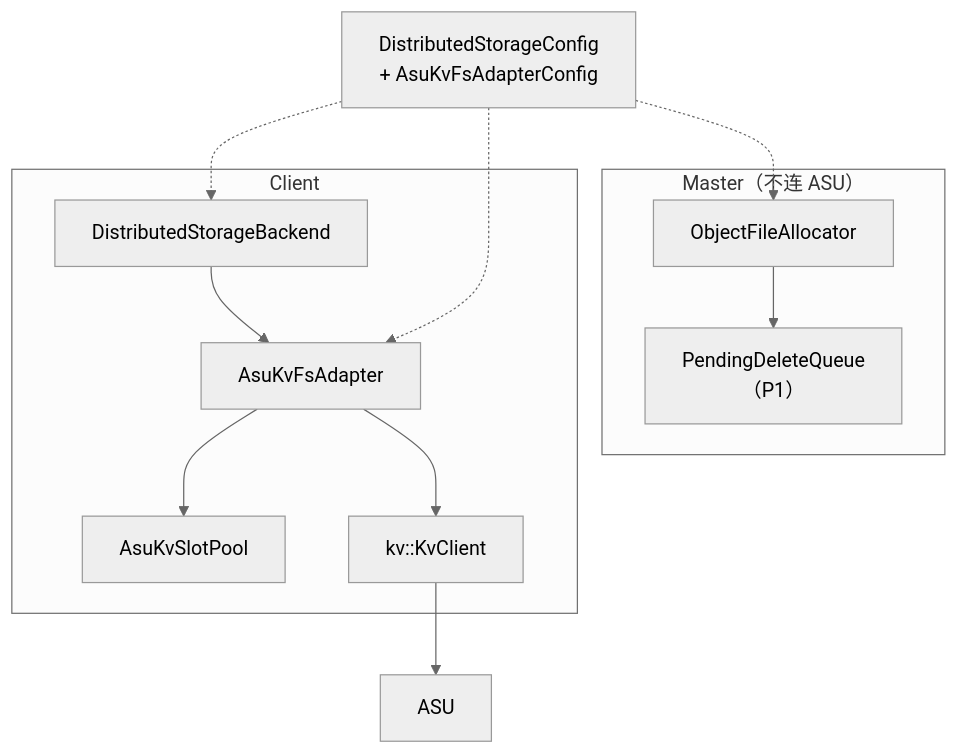
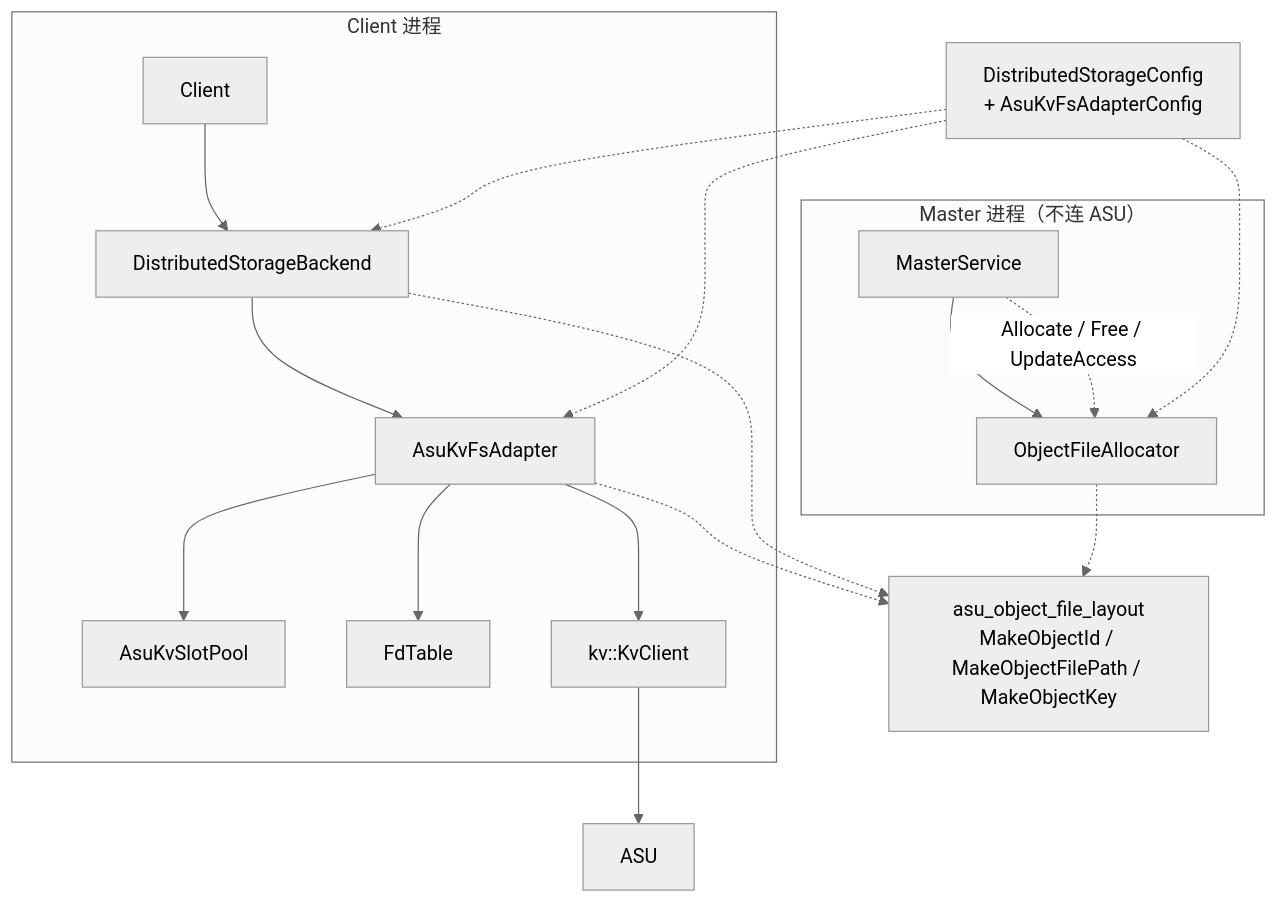
The first of 10 diagrams in asu-dfs-per-object-file-design.md (zwj20000328-dotcom/Mooncake-documents), drawn with Mermaid (neutral theme) before and after one commit. The commit also changed other lines of this file, not shown here.

Commit message:
modified:   asu-dfs-per-object-file-design.md

````diff
--- a/asu-dfs-per-object-file-design.md
+++ b/asu-dfs-per-object-file-design.md
@@ -148,24 +87,34 @@
 ```mermaid
 flowchart TB
-    subgraph Master["Master（不连 ASU）"]
+    subgraph Master["Master 进程（不连 ASU）"]
+        MS["MasterService"]
         OA["ObjectFileAllocator"]
-        MQ["PendingDeleteQueue<br/>（P1）"]
-        OA --> MQ
+        MS --> OA
+        MS -. "Allocate / Free / UpdateAccess" .-> OA
     end
 
-    subgraph Client["Client"]
+    subgraph Client["Client 进程"]
+        C["Client"]
         BE["DistributedStorageBackend"]
         AD["AsuKvFsAdapter"]
         SL["AsuKvSlotPool"]
+        FD["FdTable"]
         KC["kv::KvClient"]
+        C --> BE
         BE --> AD
         AD --> SL
+        AD --> FD
         AD --> KC
     end
 
+    LAYOUT["asu_object_file_layout<br/>MakeObjectId / MakeObjectFilePath / MakeObjectKey"]
     CFG["DistributedStorageConfig<br/>+ AsuKvFsAdapterConfig"]
+
+    OA -.-> LAYOUT
+    AD -.-> LAYOUT
+    BE -.-> LAYOUT
     CFG -.-> OA
     CFG -.-> BE
     CFG -.-> AD
     KC --> ASU["ASU"]
 ```
````
